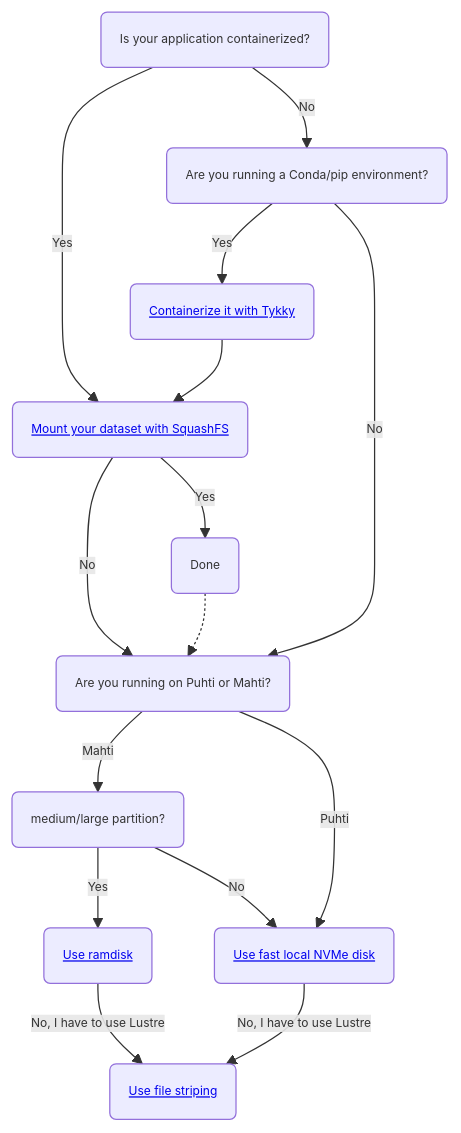
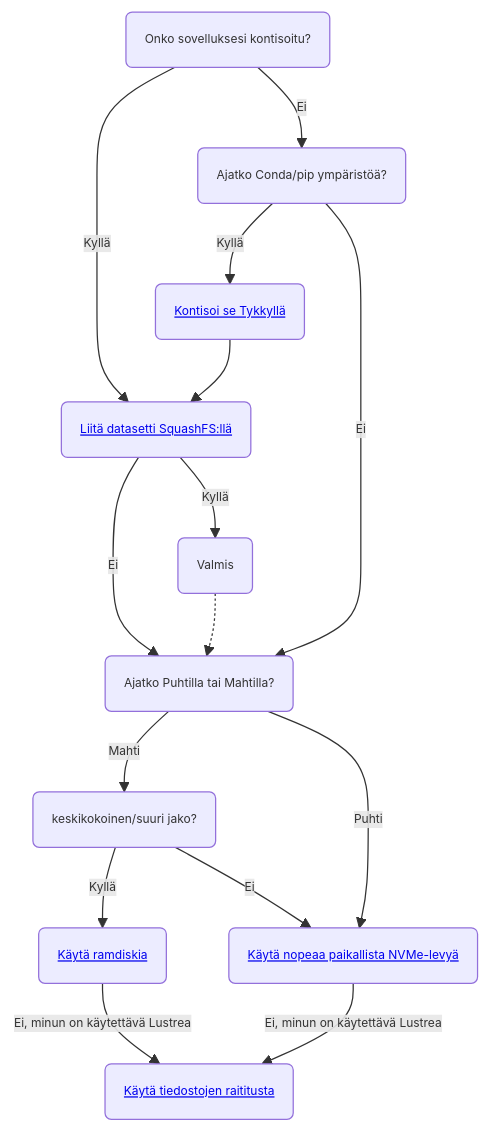
The second of 2 diagrams in docs/computing/running/throughput.md (CSCfi/csc-user-guide), drawn with Mermaid before and after one commit. The commit also changed other lines of this file and 472 other files, not shown here.

````diff
--- a/docs/computing/running/throughput.md
+++ b/docs/computing/running/throughput.md
@@ -124,18 +73,18 @@
 ```mermaid
 %%{init: {'theme': 'default', 'themeVariables': { 'fontSize': '0.6rem'}}}%%
 graph TD
-    A(Is your application containerized?) -->|Yes| B(<a href='/computing/containers/run-existing/#mounting-datasets-with-squashfs'>Mount your dataset with SquashFS</a>)
-    A -->|No| C(Are you running a Conda/pip environment?)
-    C -->|Yes| D(<a href='/computing/containers/tykky/'>Containerize it with Tykky</a>)
+    A(Onko sovelluksesi kontisoitu?) -->|Kyllä| B(<a href='/computing/containers/run-existing/#mounting-datasets-with-squashfs'>Liitä datasetti SquashFS:llä</a>)
+    A -->|Ei| C(Ajatko Conda/pip ympäristöä?)
+    C -->|Kyllä| D(<a href='/computing/containers/tykky/'>Kontisoi se Tykkyllä</a>)
     D --> B
-    C -->|No| E(Are you running on Puhti or Mahti?)
-    E -->|Mahti| F(medium/large partition?)
-    F -->|Yes| G(<a href='/computing/disk/#compute-nodes-without-local-ssd-nvme-disks'>Use ramdisk</a>)
-    F -->|No| H(<a href='/computing/disk/#compute-nodes-with-local-ssd-nvme-disks'>Use fast local NVMe disk</a>)
+    C -->|Ei| E(Ajatko Puhtilla tai Mahtilla?)
+    E -->|Mahti| F(keskikokoinen/suuri jako?)
+    F -->|Kyllä| G(<a href='/computing/disk/#compute-nodes-without-local-ssd-nvme-disks'>Käytä ramdiskia</a>)
+    F -->|Ei| H(<a href='/computing/disk/#compute-nodes-with-local-ssd-nvme-disks'>Käytä nopeaa paikallista NVMe-levyä</a>)
     E -->|Puhti| H
-    B -->|No| E
-    B -->|Yes| I(Done)
+    B -->|Ei| E
+    B -->|Kyllä| I(Valmis)
     I -.-> E
-    G -->|No, I have to use Lustre| J(<a href='/computing/lustre/#file-striping-and-alignment'>Use file striping</a>)
-    H -->|No, I have to use Lustre| J
+    G -->|Ei, minun on käytettävä Lustrea| J(<a href='/computing/lustre/#file-striping-and-alignment'>Käytä tiedostojen raititusta</a>)
+    H -->|Ei, minun on käytettävä Lustrea| J
 ```
````
